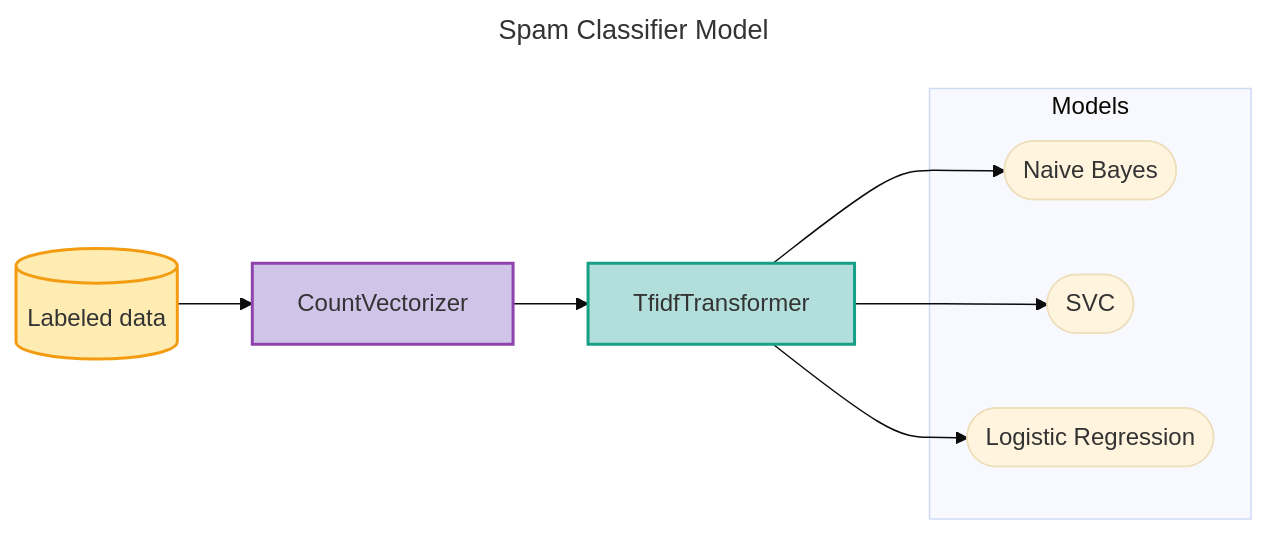
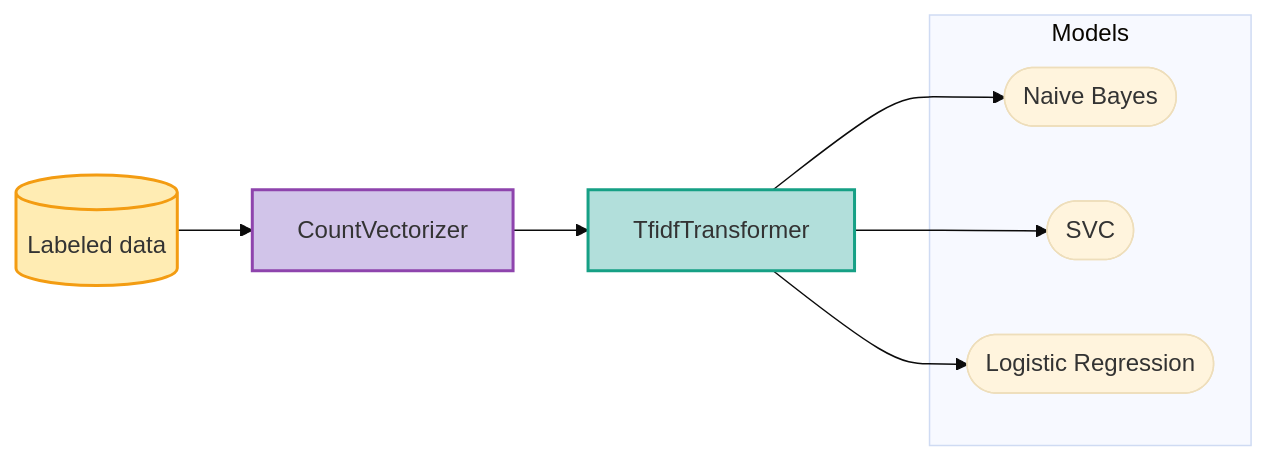
Before and after one commit to mathisdrn/M1MIASHS-NLP: the diagram in PROJET.md, drawn with Mermaid (base theme). The commit also changed other lines of this file, not shown here.

````diff
--- a/PROJET.md
+++ b/PROJET.md
@@ -60,22 +60,20 @@
 ```{mermaid}
----
-title: "Spam Classifier Model"
----
+
 flowchart LR
     A[(Labeled data)] --> B[CountVectorizer]
     B --> C[TfidfTransformer]
     
     subgraph Models
         D([Naive Bayes])
         E([SVC])
         F([Logistic Regression])
     end
     
     C --> D
     C --> E
     C --> F
 
     style A fill:#ffecb3,stroke:#f39c12,stroke-width:2px
     style B fill:#d1c4e9,stroke:#8e44ad,stroke-width:2px
     style C fill:#b2dfdb,stroke:#16a085,stroke-width:2px
 ```
````
